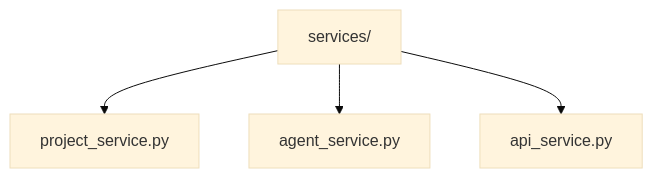
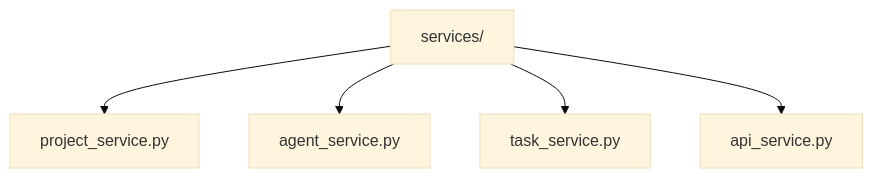
The fifth of 8 diagrams in docs/object_model.md (dustland/roboco), drawn with Mermaid (base theme) before and after one commit. The commit also changed other lines of this file and 3 other files, not shown here.

````diff
--- a/docs/object_model.md
+++ b/docs/object_model.md
@@ -182,6 +184,7 @@
 ```mermaid
 graph TD
     services[services/] --> project_service[project_service.py]
     services --> agent_service[agent_service.py]
+    services --> task_service[task_service.py]
     services --> api_service[api_service.py]
 ```
````
